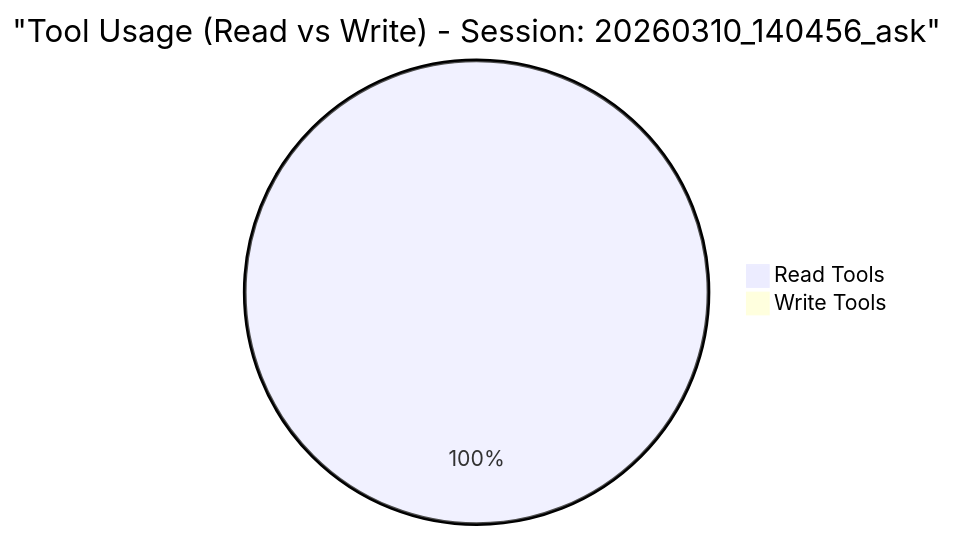
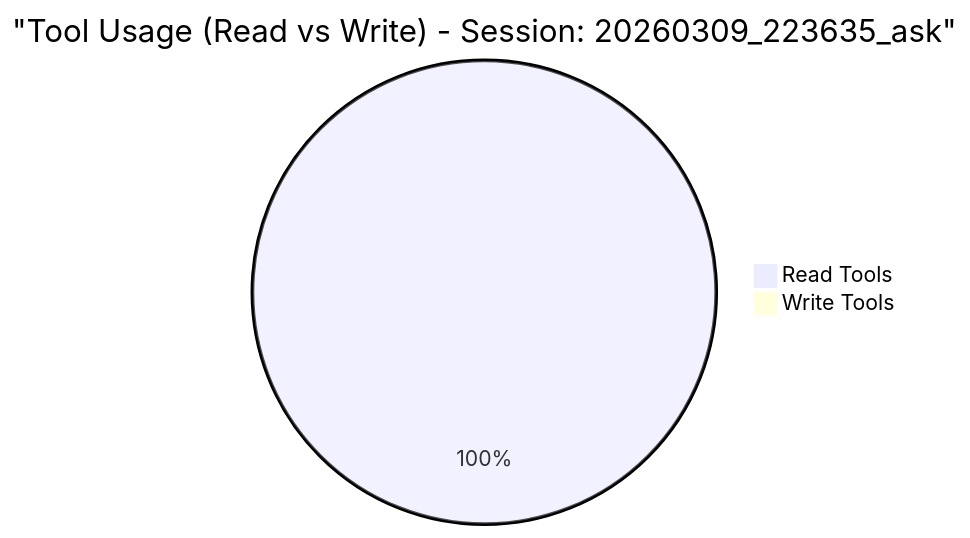
The second of 4 diagrams in docs/dashboard.md (centervil/roocode-factory), drawn with Mermaid before and after one commit. The commit also changed other lines of this file and 10 other files, not shown here.

````diff
--- a/docs/dashboard.md
+++ b/docs/dashboard.md
@@ -17,5 +17,5 @@
 ```mermaid
-pie title "Tool Usage (Read vs Write) - Session: 20260310_140456_ask"
-    "Read Tools" : 2
+pie title "Tool Usage (Read vs Write) - Session: 20260309_223635_ask"
+    "Read Tools" : 1
     "Write Tools" : 0
 ```
````
